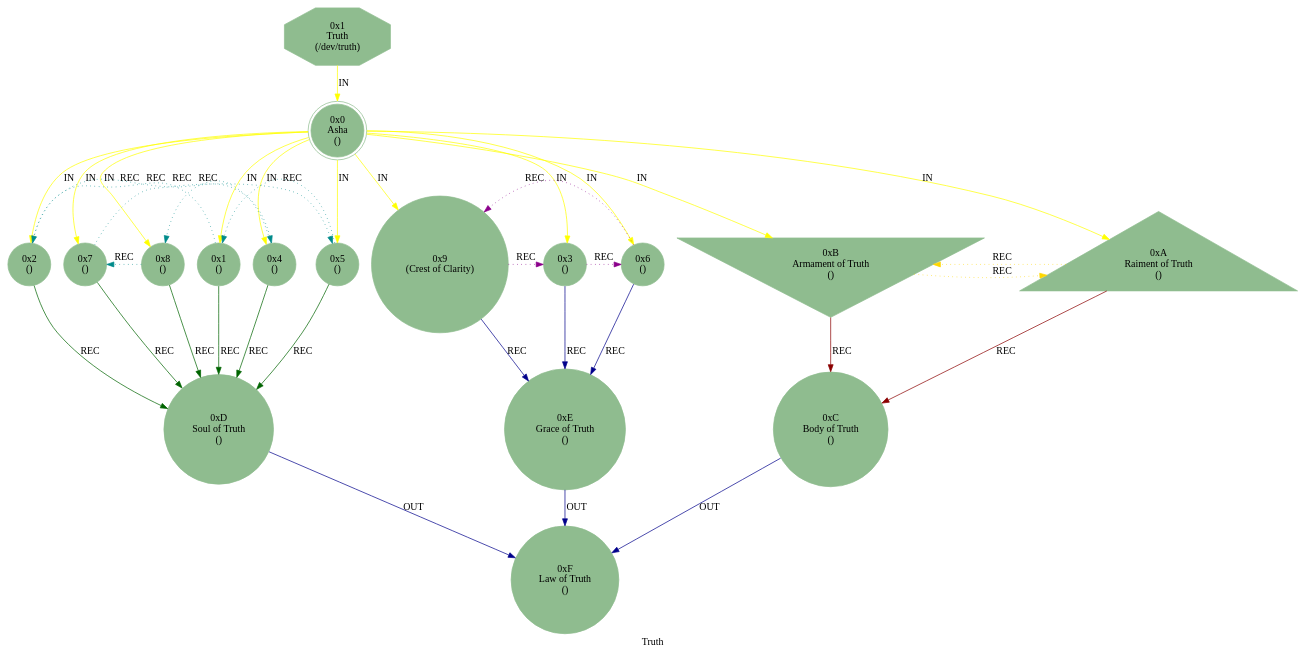
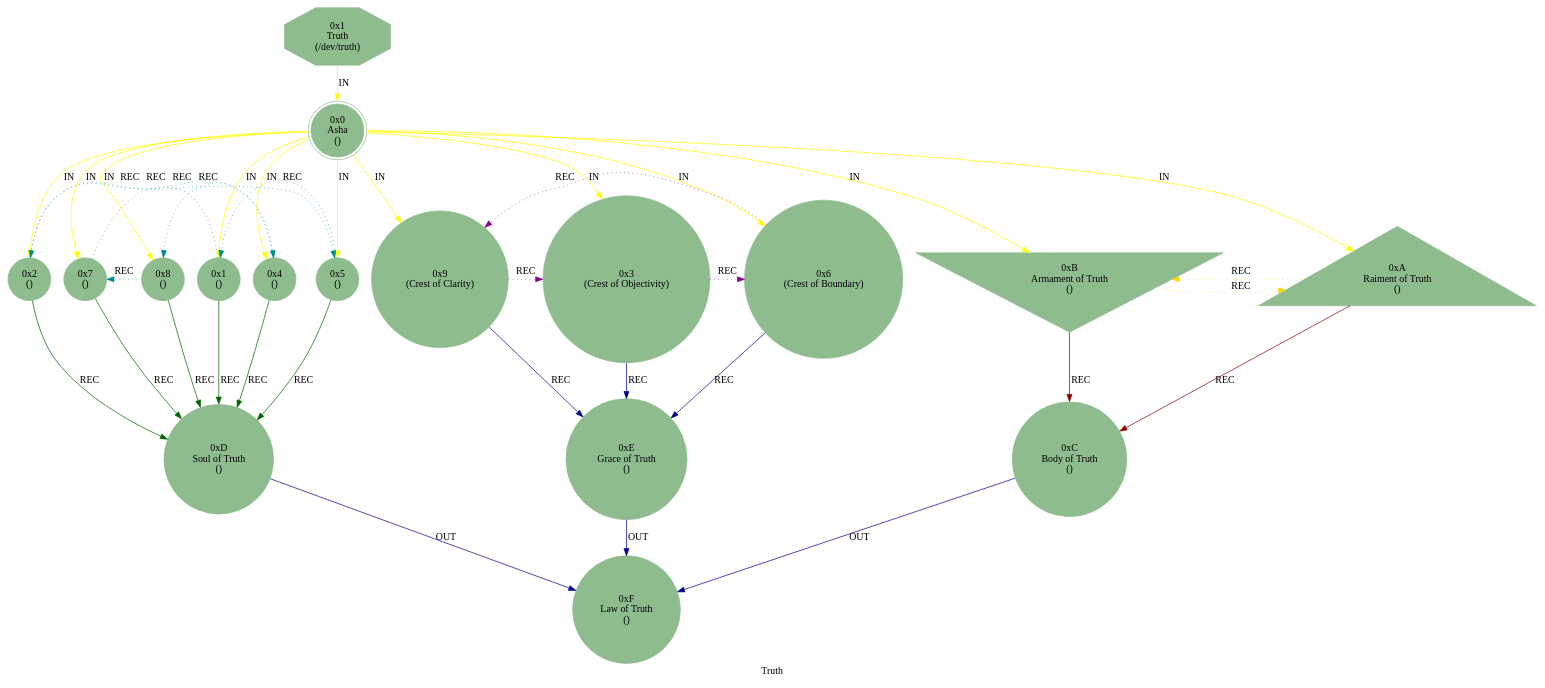
The diagram in src/core/mythos_dev_truth.dot (cilang/mythos), drawn with Graphviz before and after one commit. The commit also changed 4 other files, not shown here.

```diff
--- a/src/core/mythos_dev_truth.dot
+++ b/src/core/mythos_dev_truth.dot
@@ -1,41 +1,41 @@
 strict digraph G {
     label = "Truth";
     style = filled;
     color = blue;
     comment = "";
     node [shape = polygon; sides = 8; style = filled; color = darkseagreen;];
     
     spark_1_mythos_t [label = "0x1\nTruth\n(/dev/truth)";];
     
     spark_0_truth_t [label = "0x0\nAsha\n()";shape = doublecircle;comment = "";];
     spark_1_truth_t [label = "0x1\n()";shape = circle;comment = "";];
     spark_2_truth_t [label = "0x2\n()";shape = circle;comment = "";];
-    spark_3_truth_t [label = "0x3\n()";shape = circle;comment = "";];
+    spark_3_truth_t [label = "0x3\n(Crest of Objectivity)";shape = circle;comment = "";];
     spark_4_truth_t [label = "0x4\n()";shape = circle;comment = "";];
     spark_5_truth_t [label = "0x5\n()";shape = circle;comment = "";];
-    spark_6_truth_t [label = "0x6\n()";shape = circle;comment = "";];
+    spark_6_truth_t [label = "0x6\n(Crest of Boundary)";shape = circle;comment = "";];
     spark_7_truth_t [label = "0x7\n()";shape = circle;comment = "";];
     spark_8_truth_t [label = "0x8\n()";shape = circle;comment = "";];
     spark_9_truth_t [label = "0x9\n(Crest of Clarity)";shape = circle;comment = "";];
     spark_a_truth_t [label = "0xA\nRaiment of Truth\n()";shape = triangle;comment = "";];
     spark_b_truth_t [label = "0xB\nArmament of Truth\n()";shape = invtriangle;comment = "";];
     spark_c_truth_t [label = "0xC\nBody of Truth\n()";shape = circle;comment = "";];
     spark_d_truth_t [label = "0xD\nSoul of Truth\n()";shape = circle;comment = "";];
     spark_e_truth_t [label = "0xE\nGrace of Truth\n()";shape = circle;comment = "";];
     spark_f_truth_t [label = "0xF\nLaw of Truth\n()";shape = circle;comment = "";];
     
     // IN = Input
     // OUT = Output
     // REC = Recursion
     spark_1_mythos_t -> spark_0_truth_t -> {spark_a_truth_t spark_b_truth_t spark_1_truth_t spark_2_truth_t spark_3_truth_t spark_4_truth_t spark_5_truth_t spark_6_truth_t spark_7_truth_t spark_8_truth_t spark_9_truth_t} [label = "IN"; color = yellow; comment = "";];
     
     {spark_a_truth_t spark_b_truth_t} -> spark_c_truth_t [label = "REC"; color = darkred; comment = "";];
     {spark_1_truth_t spark_2_truth_t spark_4_truth_t spark_8_truth_t spark_7_truth_t spark_5_truth_t} -> spark_d_truth_t [label = "REC"; color = darkgreen; comment = "";];
     {spark_3_truth_t spark_6_truth_t spark_9_truth_t} -> spark_e_truth_t [label = "REC"; color = darkblue; comment = "";];
     
     spark_1_truth_t -> spark_2_truth_t -> spark_4_truth_t -> spark_8_truth_t -> spark_7_truth_t -> spark_5_truth_t -> spark_1_truth_t [label = "REC"; color = darkcyan; comment = ""; style = dotted; constraint = false;];
     spark_3_truth_t -> spark_6_truth_t -> spark_9_truth_t -> spark_3_truth_t [label = "REC"; color = darkmagenta; comment = ""; style = dotted; constraint = false;];
     spark_a_truth_t -> spark_b_truth_t -> spark_a_truth_t [label = "REC"; color = gold; comment = ""; style = dotted; constraint = false;];
     
     {spark_c_truth_t spark_d_truth_t spark_e_truth_t} -> spark_f_truth_t [label = "OUT"; color = darkblue; comment = "";];
 }
```
